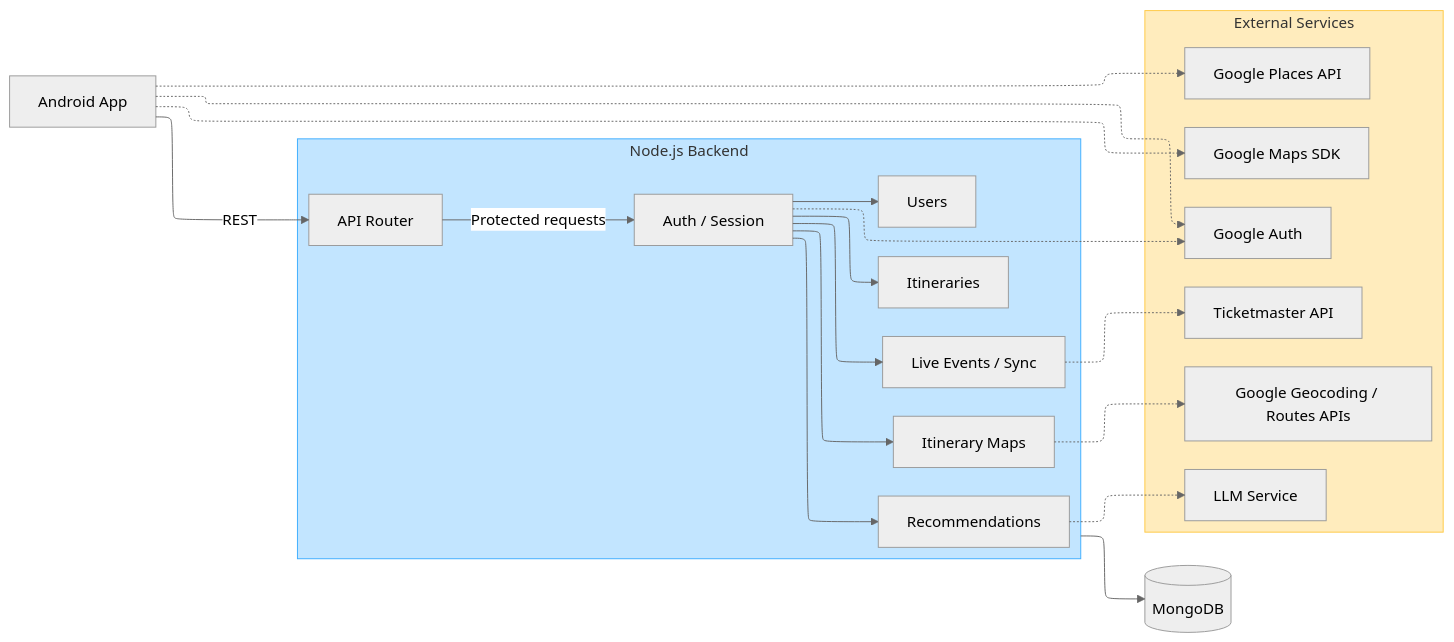
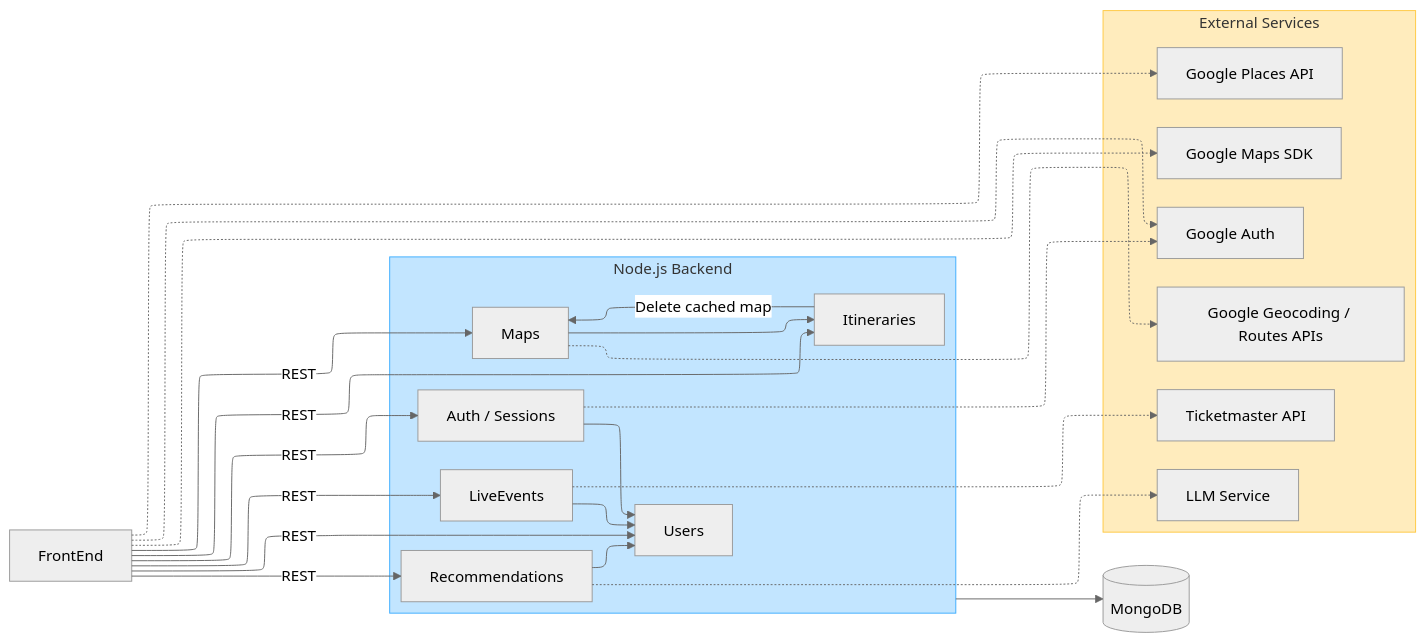
Before and after one commit to islamhampriv/ExploreUBC: the diagram in documentation/images/dependencies_diagram.mmd, drawn with Mermaid (neutral theme). The commit also changed 23 other files, not shown here.

First line of the commit message:
docs: CP3 Feedback - align design diagrams with implementation and record test evidence

```diff
--- a/documentation/images/dependencies_diagram.mmd
+++ b/documentation/images/dependencies_diagram.mmd
@@ -1,43 +1,44 @@
 ---
 config:
   layout: elk
 ---
 flowchart LR
-    android[Android App]
+    frontEnd[FrontEnd]
 
     subgraph backend[Node.js Backend]
-        api[API Router]
-        auth[Auth / Session]
-
+        auth[Auth / Sessions]
         users[Users]
         itinerary[Itineraries]
         recommendation[Recommendations]
-        liveEvents[Live Events / Sync]
-        maps[Itinerary Maps]
+        liveEvents[LiveEvents]
+        maps[Maps]
 
-        api -->|Protected requests| auth
-        auth --> users & itinerary & recommendation & liveEvents & maps
+        auth --> users
+        recommendation --> users
+        liveEvents --> users
+        maps --> itinerary
+        itinerary -->|Delete cached map| maps
     end
 
     mongo[(MongoDB)]
 
     subgraph external[External Services]
         googleAuth[Google Auth]
         mapsSdk[Google Maps SDK]
         places[Google Places API]
         mapsApi[Google Geocoding / Routes APIs]
         llm[LLM Service]
         eventApi[Ticketmaster API]
     end
 
-    android -->|REST| api
-    android -.-> googleAuth & mapsSdk & places
+    frontEnd -->|REST| auth & users & itinerary & recommendation & liveEvents & maps
+    frontEnd -.-> googleAuth & mapsSdk & places
 
     auth -.-> googleAuth
     backend --> mongo
     recommendation -.-> llm
     liveEvents -.-> eventApi
     maps -.-> mapsApi
 
     style backend fill:#C2E5FF,stroke:#3DADFF
     style external fill:#FFECBD,stroke:#FFC943
```
